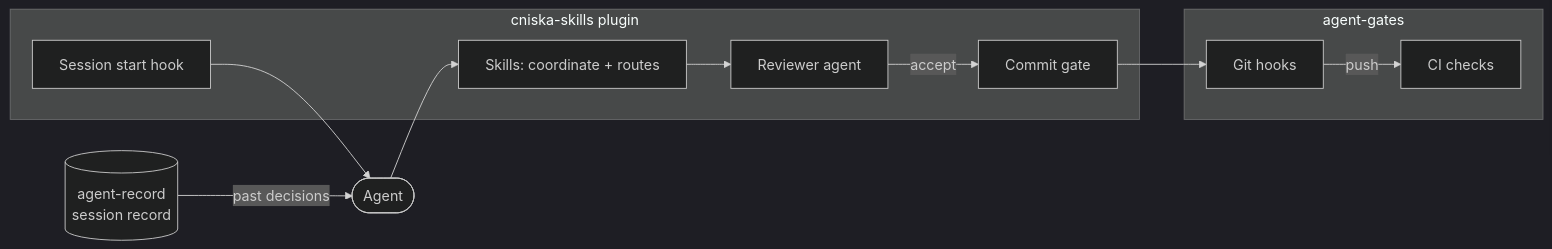
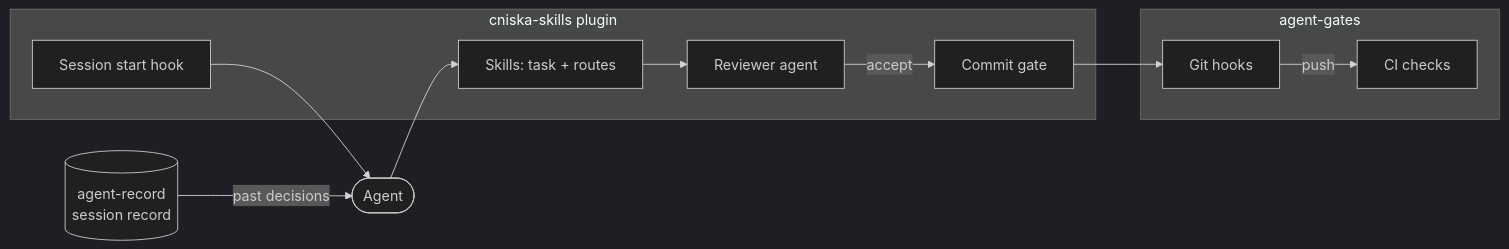
Before and after one commit to cniska/agent-skills: the first of 2 diagrams in README.md, drawn with Mermaid (dark theme). The commit also changed other lines of this file and 14 other files, not shown here.

Commit message:
feat(skills): split task from coordinate

````diff
--- a/README.md
+++ b/README.md
@@ -118,22 +118,22 @@
 ```mermaid
 flowchart LR
   rec[("agent-record<br/>session record")]
   agent(["Agent"])
   subgraph S["cniska-skills plugin"]
     hook["Session start hook"]
-    skills["Skills: coordinate + routes"]
+    skills["Skills: task + routes"]
     rev["Reviewer agent"]
     gate["Commit gate"]
   end
   subgraph G["agent-gates"]
     hooks["Git hooks"]
     ci["CI checks"]
   end
   hook --> agent
   rec -- "past decisions" --> agent
   agent --> skills
   skills --> rev
   rev -- "accept" --> gate
   gate --> hooks
   hooks -- "push" --> ci
 ```
````
